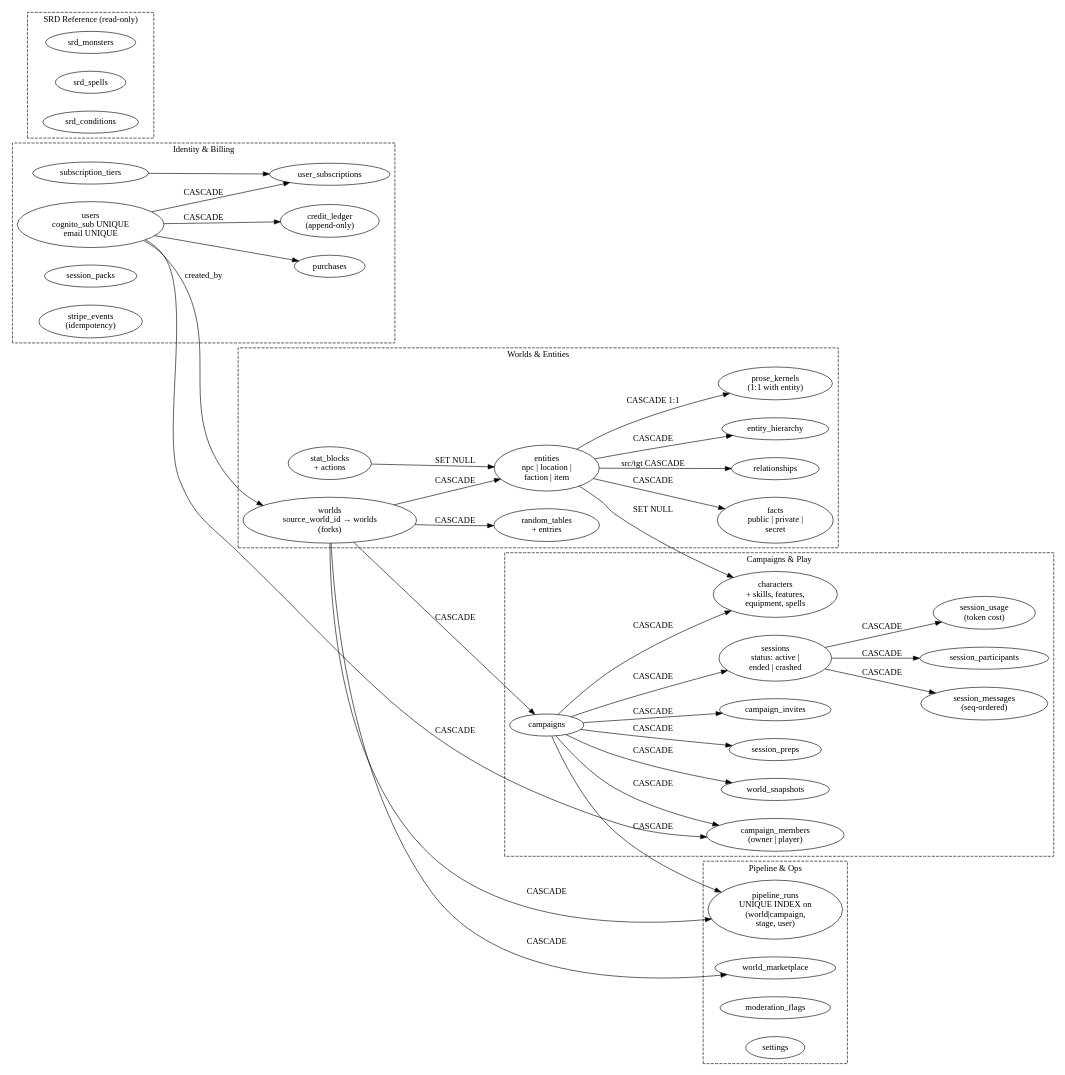
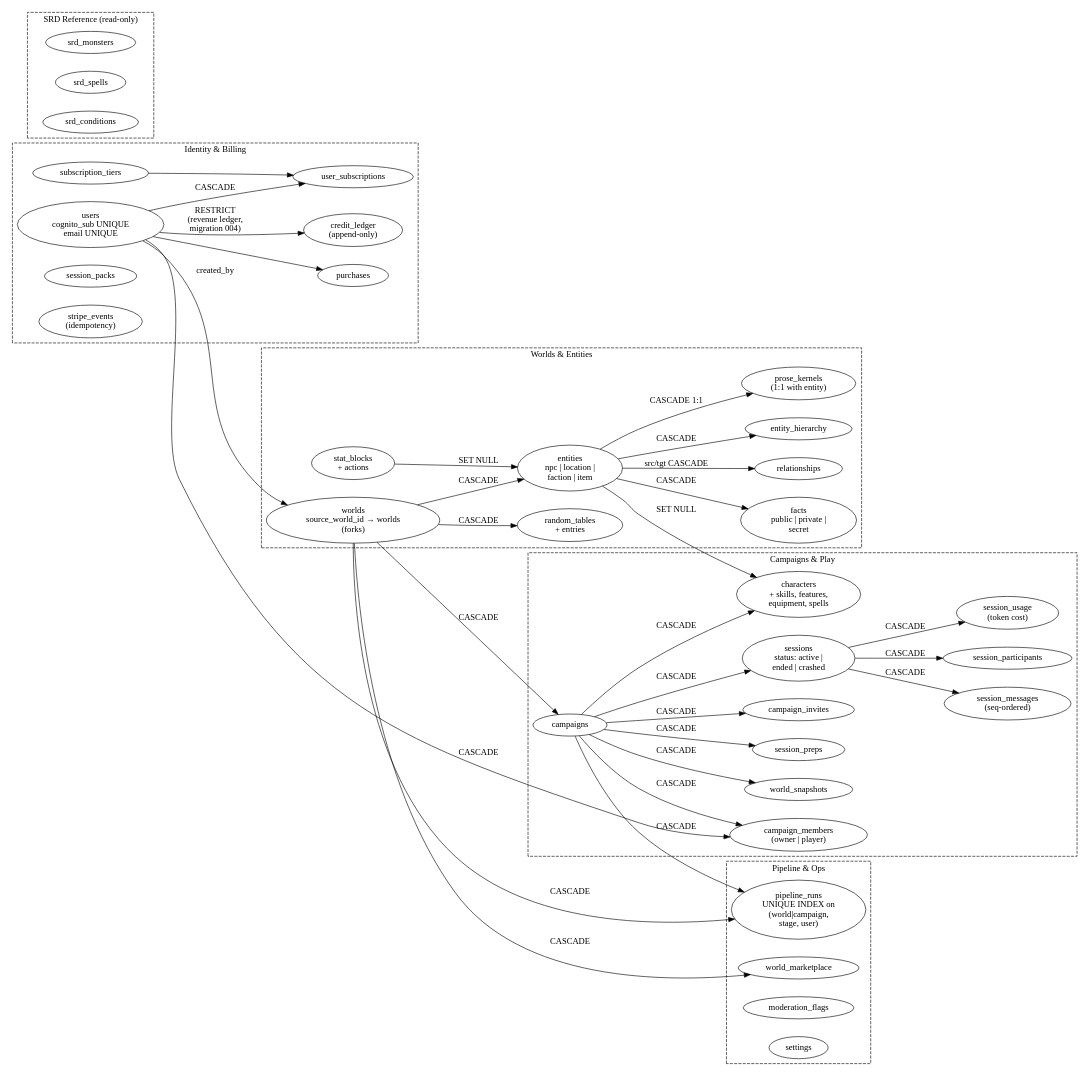
Before and after one commit to mythrun/mythrun: the diagram in docs/wiki/diagrams/data/schema.dot, drawn with Graphviz. The commit also changed 10 other files, not shown here.

```diff
--- a/docs/wiki/diagrams/data/schema.dot
+++ b/docs/wiki/diagrams/data/schema.dot
@@ -1,117 +1,117 @@
 digraph schema {
   // High-level entity-relationship view of the initial schema. Boxes are
   // table clusters grouped by responsibility; edges are FK relationships.
   // Per-column detail belongs in the appendix and the migration files,
   // not on the diagram.
   rankdir=LR;
   compound=true;
   nodesep=0.4;
   ranksep=0.7;
 
   subgraph cluster_identity {
     label="Identity & Billing";
     style="dashed";
     color="ember";
     fontcolor="ember";
 
     users   [label="users\ncognito_sub UNIQUE\nemail UNIQUE"];
     ledger  [label="credit_ledger\n(append-only)"];
     subs    [label="user_subscriptions"];
     tiers   [label="subscription_tiers"];
     packs   [label="session_packs"];
     purch   [label="purchases"];
     stripe  [label="stripe_events\n(idempotency)"];
   }
 
   subgraph cluster_world {
     label="Worlds & Entities";
     style="dashed";
     color="ember";
     fontcolor="ember";
 
     worlds   [label="worlds\nsource_world_id → worlds\n(forks)"];
     entities [label="entities\nnpc | location |\nfaction | item"];
     kernels  [label="prose_kernels\n(1:1 with entity)"];
     facts    [label="facts\npublic | private |\nsecret"];
     rels     [label="relationships"];
     hier     [label="entity_hierarchy"];
     rtables  [label="random_tables\n+ entries"];
     statbk   [label="stat_blocks\n+ actions"];
   }
 
   subgraph cluster_campaign {
     label="Campaigns & Play";
     style="dashed";
     color="ember";
     fontcolor="ember";
 
     camps     [label="campaigns"];
     members   [label="campaign_members\n(owner | player)"];
     invites   [label="campaign_invites"];
     chars     [label="characters\n+ skills, features,\nequipment, spells"];
     sessions  [label="sessions\nstatus: active |\nended | crashed"];
     msgs      [label="session_messages\n(seq-ordered)"];
     parts     [label="session_participants"];
     snaps     [label="world_snapshots"];
     preps     [label="session_preps"];
     usage     [label="session_usage\n(token cost)"];
   }
 
   subgraph cluster_ops {
     label="Pipeline & Ops";
     style="dashed";
     color="ember";
     fontcolor="ember";
 
     runs    [label="pipeline_runs\nUNIQUE INDEX on\n(world|campaign,\nstage, user)"];
     market  [label="world_marketplace"];
     flags   [label="moderation_flags"];
     sets    [label="settings"];
   }
 
   subgraph cluster_srd {
     label="SRD Reference (read-only)";
     style="dashed";
     color="ember";
     fontcolor="ember";
 
     monsters [label="srd_monsters"];
     spells   [label="srd_spells"];
     conds    [label="srd_conditions"];
   }
 
   // Identity edges
-  users -> ledger    [label="CASCADE"];
+  users -> ledger    [label="RESTRICT\n(revenue ledger,\nmigration 004)"];
   users -> subs      [label="CASCADE"];
   tiers -> subs      [label=""];
   users -> purch     [label=""];
 
   // Worlds edges
   users    -> worlds   [label="created_by"];
   worlds   -> entities [label="CASCADE"];
   entities -> kernels  [label="CASCADE 1:1"];
   entities -> facts    [label="CASCADE"];
   entities -> rels     [label="src/tgt CASCADE"];
   entities -> hier     [label="CASCADE"];
   worlds   -> rtables  [label="CASCADE"];
   statbk   -> entities [label="SET NULL"];
 
   // Campaign edges
   worlds  -> camps    [label="CASCADE"];
   camps   -> members  [label="CASCADE"];
   users   -> members  [label="CASCADE"];
   camps   -> invites  [label="CASCADE"];
   camps   -> chars    [label="CASCADE"];
   entities -> chars   [label="SET NULL"];
   camps   -> sessions [label="CASCADE"];
   sessions -> msgs    [label="CASCADE"];
   sessions -> parts   [label="CASCADE"];
   camps   -> snaps    [label="CASCADE"];
   camps   -> preps    [label="CASCADE"];
   sessions -> usage   [label="CASCADE"];
 
   // Ops edges
   worlds -> runs    [label="CASCADE"];
   camps  -> runs    [label="CASCADE"];
   worlds -> market  [label="CASCADE"];
 }
```
